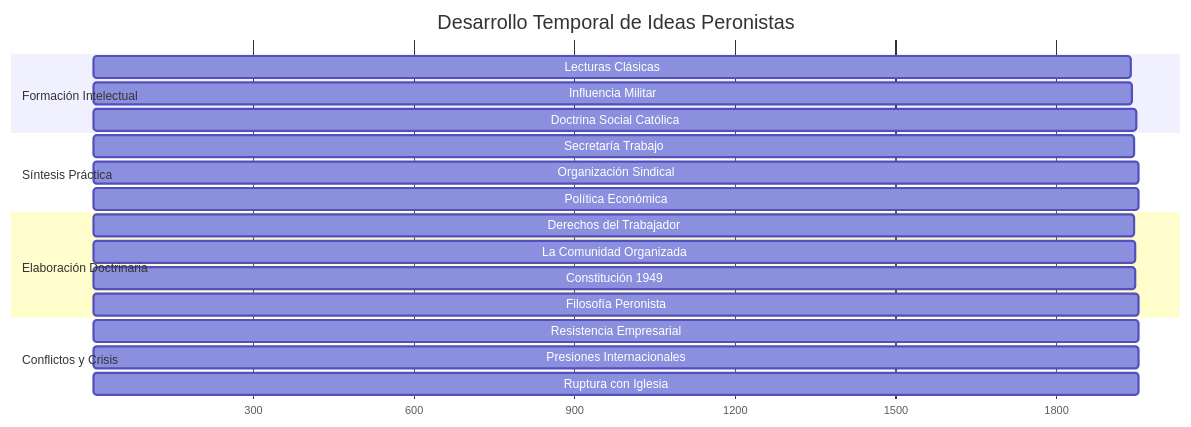
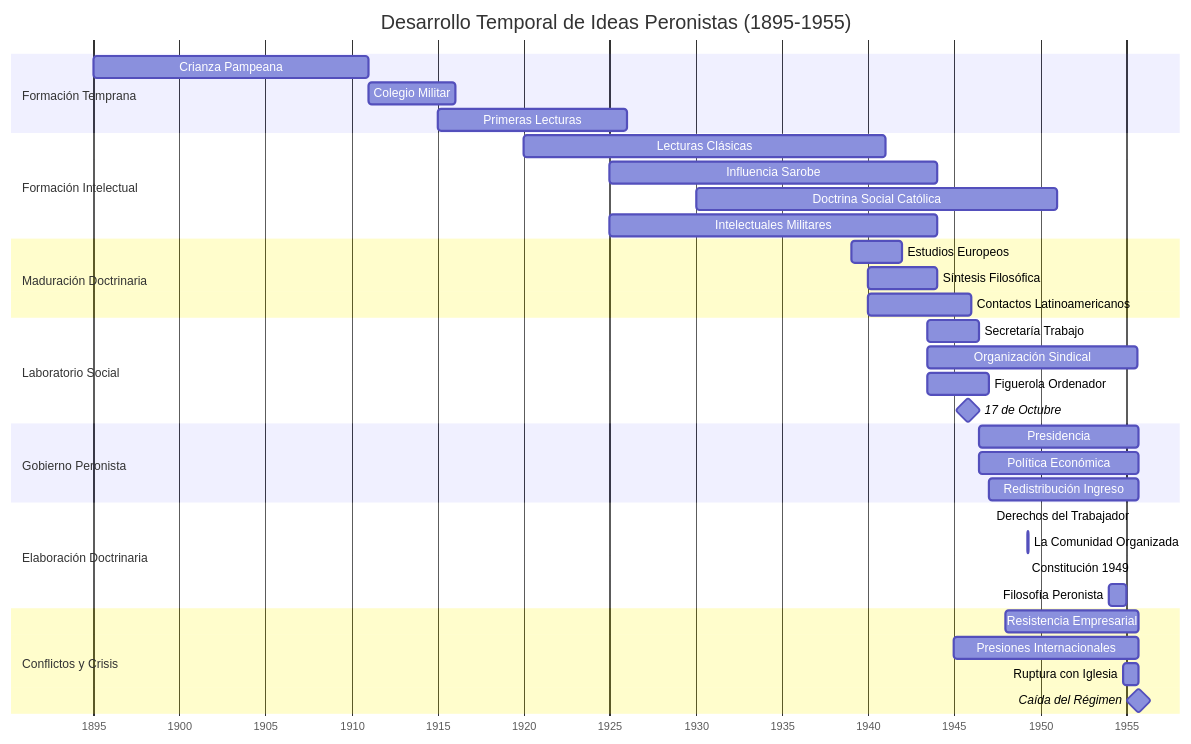
The fourth of 16 diagrams in diagramas.md (agrafos-leen-a-peron/peron-la-formacion-de-su-pensamiento), drawn with Mermaid before and after one commit.

````diff
--- a/diagramas.md
+++ b/diagramas.md
@@ -297,27 +297,45 @@
 ```mermaid
 gantt
-    title Desarrollo Temporal de Ideas Peronistas
-    dateFormat X
-    axisFormat %s
+    title Desarrollo Temporal de Ideas Peronistas (1895-1955)
+    dateFormat YYYY-MM-DD
+    axisFormat %Y
+    
+    section Formación Temprana
+    Crianza Pampeana           :1895-01-01, 1910-12-31
+    Colegio Militar            :1911-01-01, 1915-12-31
+    Primeras Lecturas          :1915-01-01, 1925-12-31
     
     section Formación Intelectual
-    Lecturas Clásicas          :1920, 1940
-    Influencia Militar         :1925, 1943
-    Doctrina Social Católica   :1930, 1950
+    Lecturas Clásicas          :1920-01-01, 1940-12-31
+    Influencia Sarobe          :1925-01-01, 1943-12-31
+    Doctrina Social Católica   :1930-01-01, 1950-12-31
+    Intelectuales Militares    :1925-01-01, 1943-12-31
     
-    section Síntesis Práctica
-    Secretaría Trabajo         :1943, 1946
-    Organización Sindical      :1943, 1955
-    Política Económica         :1944, 1955
+    section Maduración Doctrinaria
+    Estudios Europeos          :1939-01-01, 1941-12-31
+    Síntesis Filosófica        :1940-01-01, 1943-12-31
+    Contactos Latinoamericanos :1940-01-01, 1945-12-31
+    
+    section Laboratorio Social
+    Secretaría Trabajo         :1943-06-01, 1946-06-01
+    Organización Sindical      :1943-06-01, 1955-09-01
+    Figuerola Ordenador        :1943-06-01, 1946-12-31
+    17 de Octubre              :milestone, 1945-10-17, 0d
+    
+    section Gobierno Peronista
+    Presidencia                :1946-06-04, 1955-09-16
+    Política Económica         :1946-06-04, 1955-09-16
+    Redistribución Ingreso     :1947-01-01, 1955-09-16
     
     section Elaboración Doctrinaria
-    Derechos del Trabajador    :1947, 1947
-    La Comunidad Organizada    :1949, 1949
-    Constitución 1949          :1949, 1949
-    Filosofía Peronista        :1954, 1954
+    Derechos del Trabajador    :1947-02-24, 1947-02-24
+    La Comunidad Organizada    :1949-04-01, 1949-04-30
+    Constitución 1949          :1949-03-11, 1949-03-16
+    Filosofía Peronista        :1954-01-01, 1954-12-31
     
     section Conflictos y Crisis
-    Resistencia Empresarial    :1948, 1955
-    Presiones Internacionales  :1945, 1955
-    Ruptura con Iglesia        :1954, 1955
+    Resistencia Empresarial    :1948-01-01, 1955-09-16
+    Presiones Internacionales  :1945-01-01, 1955-09-16
+    Ruptura con Iglesia        :1954-11-01, 1955-09-16
+    Caída del Régimen          :milestone, 1955-09-16, 0d
 ```
````
